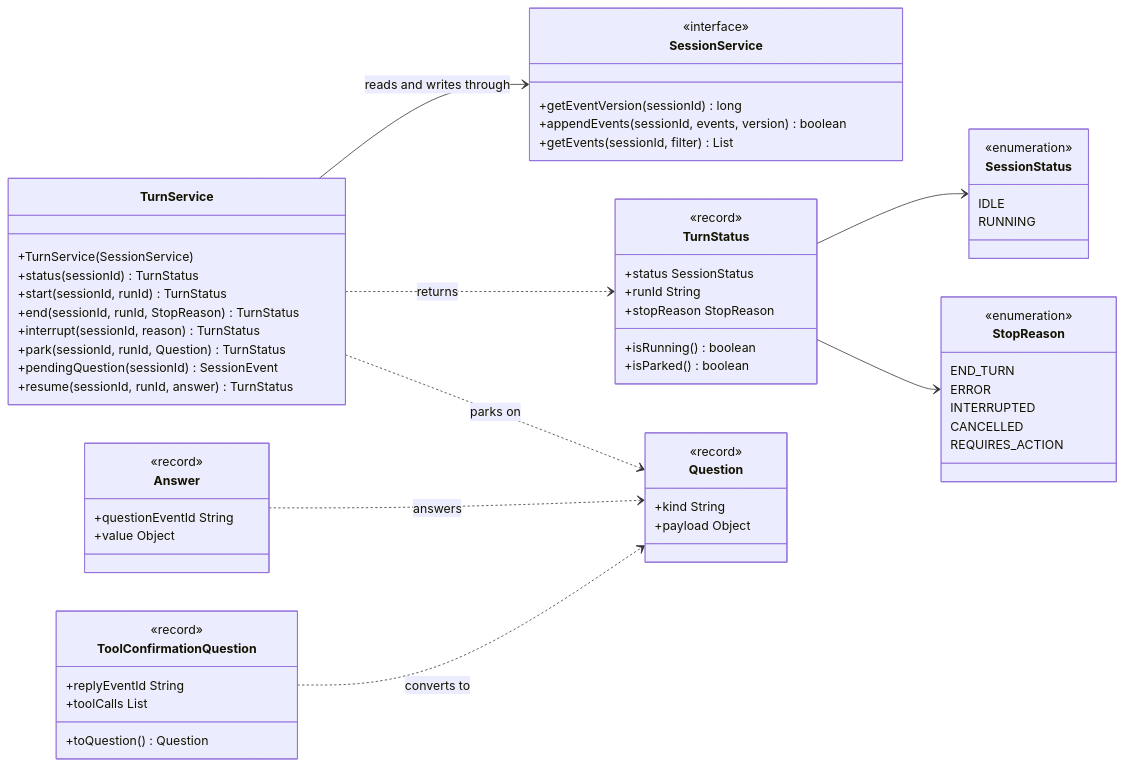
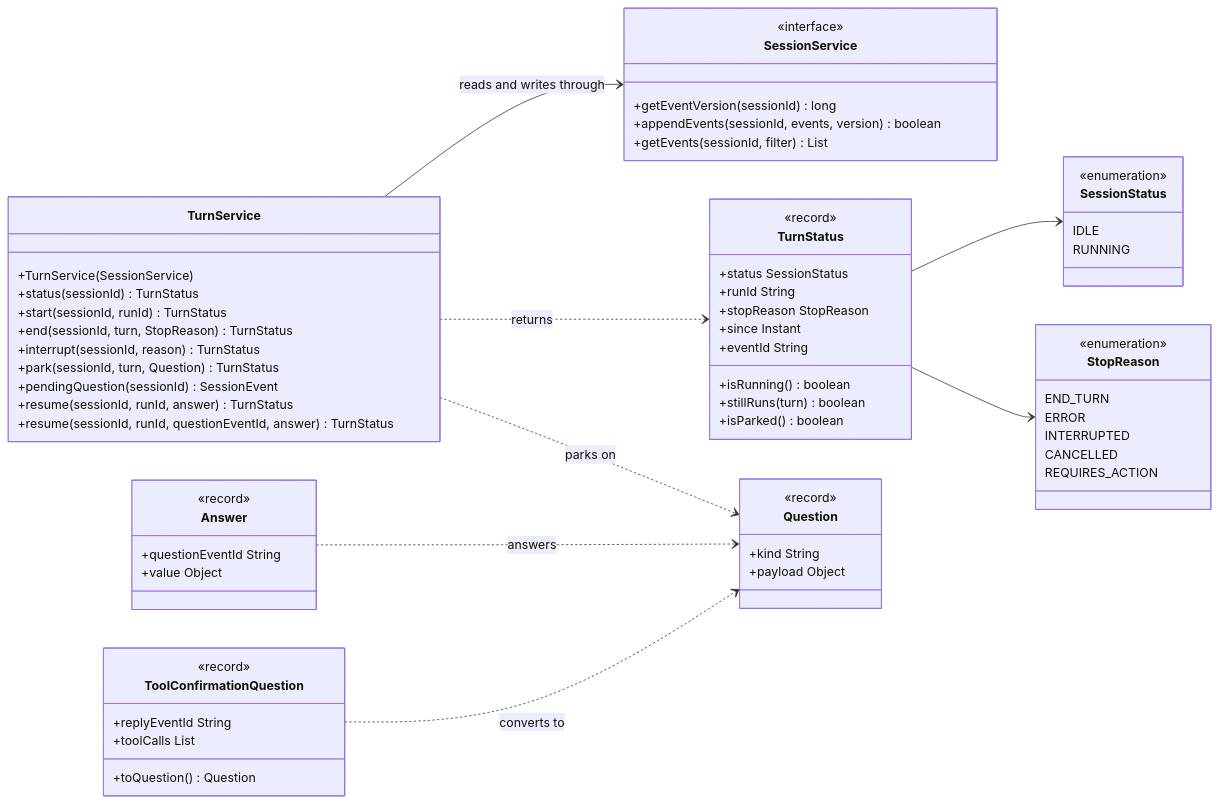
One commit to sobychacko/spring-ai-session-extensions changed the third of 4 diagrams in docs/turn/turn-status.md. Above: the diagram before and after it, drawn with Mermaid. The commit also changed other lines of this file and 21 other files, not shown here.

````diff
--- a/docs/turn/turn-status.md
+++ b/docs/turn/turn-status.md
@@ -121,64 +177,68 @@
 ```mermaid
 classDiagram
     direction LR
     class TurnService {
         +TurnService(SessionService)
         +status(sessionId) TurnStatus
         +start(sessionId, runId) TurnStatus
-        +end(sessionId, runId, StopReason) TurnStatus
+        +end(sessionId, turn, StopReason) TurnStatus
         +interrupt(sessionId, reason) TurnStatus
-        +park(sessionId, runId, Question) TurnStatus
+        +park(sessionId, turn, Question) TurnStatus
         +pendingQuestion(sessionId) SessionEvent
         +resume(sessionId, runId, answer) TurnStatus
+        +resume(sessionId, runId, questionEventId, answer) TurnStatus
     }
     class TurnStatus {
         <<record>>
         +status SessionStatus
         +runId String
         +stopReason StopReason
+        +since Instant
+        +eventId String
         +isRunning() boolean
+        +stillRuns(turn) boolean
         +isParked() boolean
     }
     class SessionStatus {
         <<enumeration>>
         IDLE
         RUNNING
     }
     class StopReason {
         <<enumeration>>
         END_TURN
         ERROR
         INTERRUPTED
         CANCELLED
         REQUIRES_ACTION
     }
     class Question {
         <<record>>
         +kind String
         +payload Object
     }
     class Answer {
         <<record>>
         +questionEventId String
         +value Object
     }
     class ToolConfirmationQuestion {
         <<record>>
         +replyEventId String
         +toolCalls List
         +toQuestion() Question
     }
     class SessionService {
         <<interface>>
         +getEventVersion(sessionId) long
         +appendEvents(sessionId, events, version) boolean
         +getEvents(sessionId, filter) List
     }
     TurnService --> SessionService : reads and writes through
     TurnService ..> TurnStatus : returns
     TurnService ..> Question : parks on
     TurnStatus --> SessionStatus
     TurnStatus --> StopReason
     Answer ..> Question : answers
     ToolConfirmationQuestion ..> Question : converts to
 ```
````
